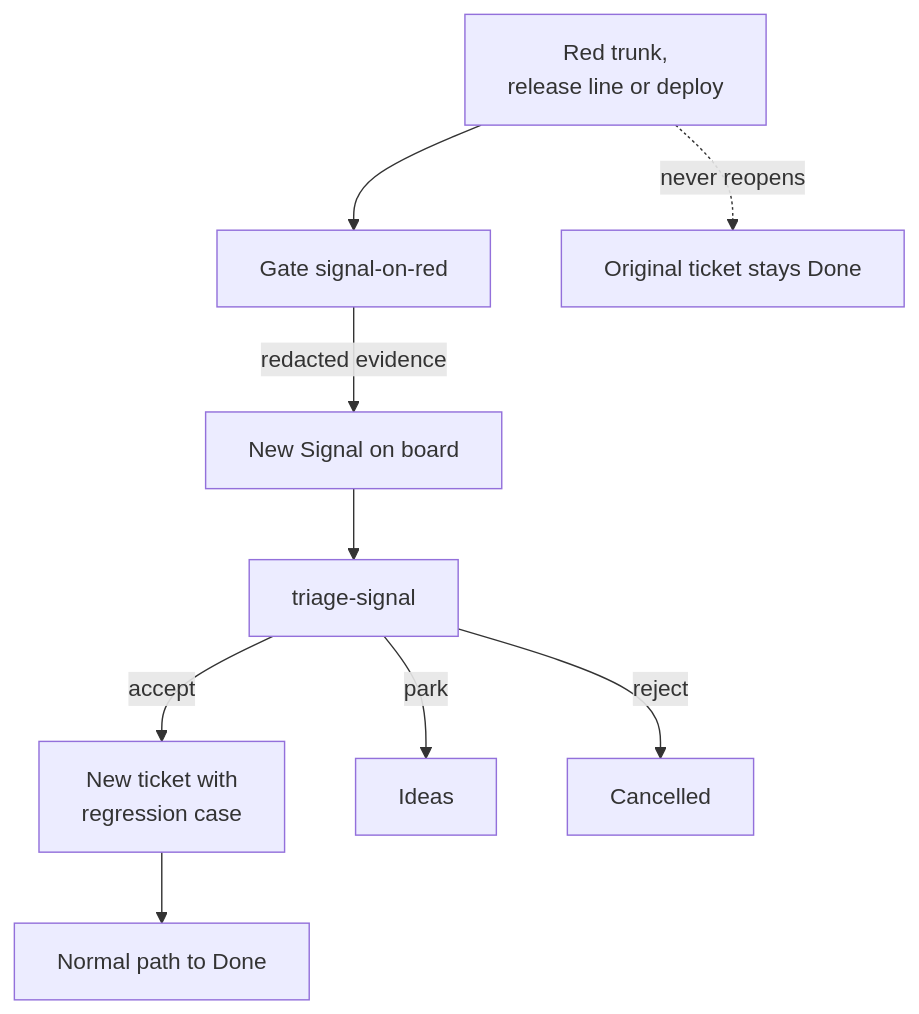
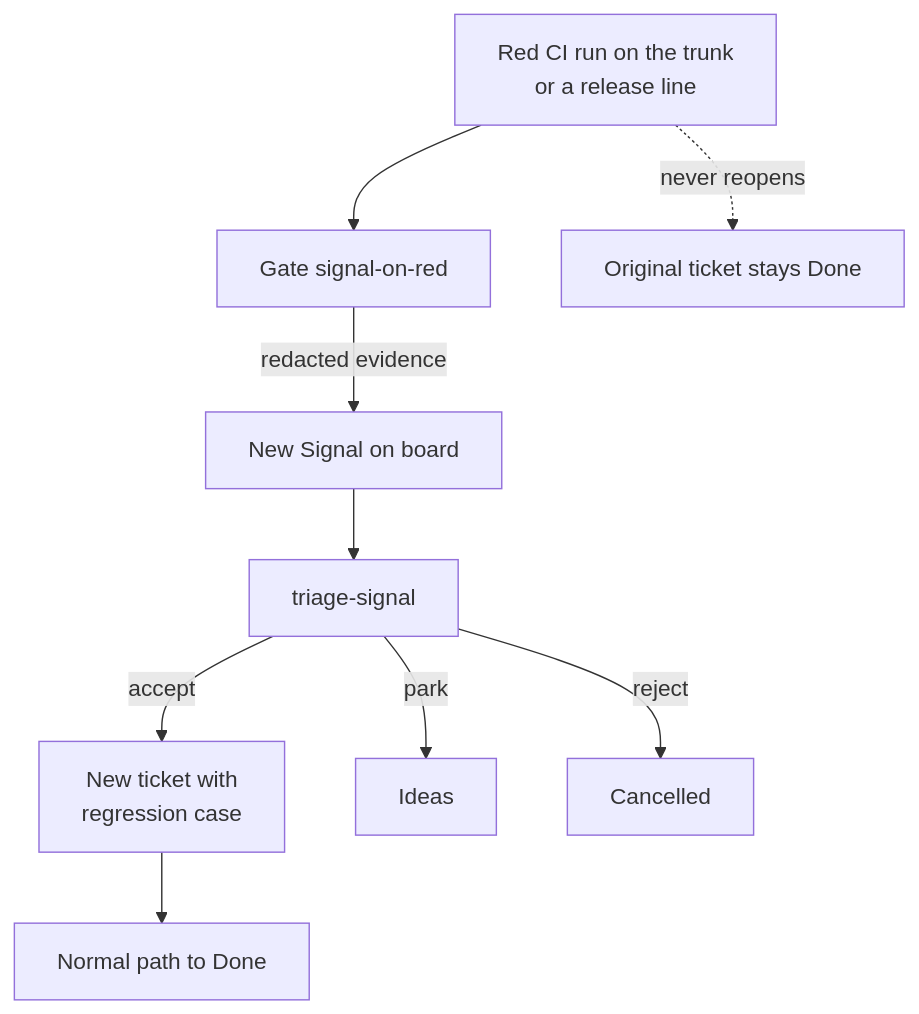
Before and after one commit to dmitriywind/agentic-sdlc: the sixth of 9 diagrams in docs/architecture/flows.md, drawn with Mermaid. The commit also changed other lines of this file and 15 other files, not shown here.

Commit message:
learning off at budget 0 (template default); stress test round 2 record; roadmap

````diff
--- a/docs/architecture/flows.md
+++ b/docs/architecture/flows.md
@@ -183,12 +194,12 @@
 ```mermaid
 flowchart TD
-  RED["Red trunk,<br/>release line or deploy"] --> SOR["Gate signal-on-red"]
+  RED["Red CI run on the trunk<br/>or a release line"] --> SOR["Gate signal-on-red"]
   SOR -->|"redacted evidence"| SIG["New Signal on board"]
   SIG --> TRI["triage-signal"]
   TRI -->|"accept"| NT["New ticket with<br/>regression case"]
   TRI -->|"park"| ID["Ideas"]
   TRI -->|"reject"| CA["Cancelled"]
   NT --> NORM["Normal path to Done"]
   DONE["Original ticket stays Done"]
   RED -.->|"never reopens"| DONE
 ```
````
